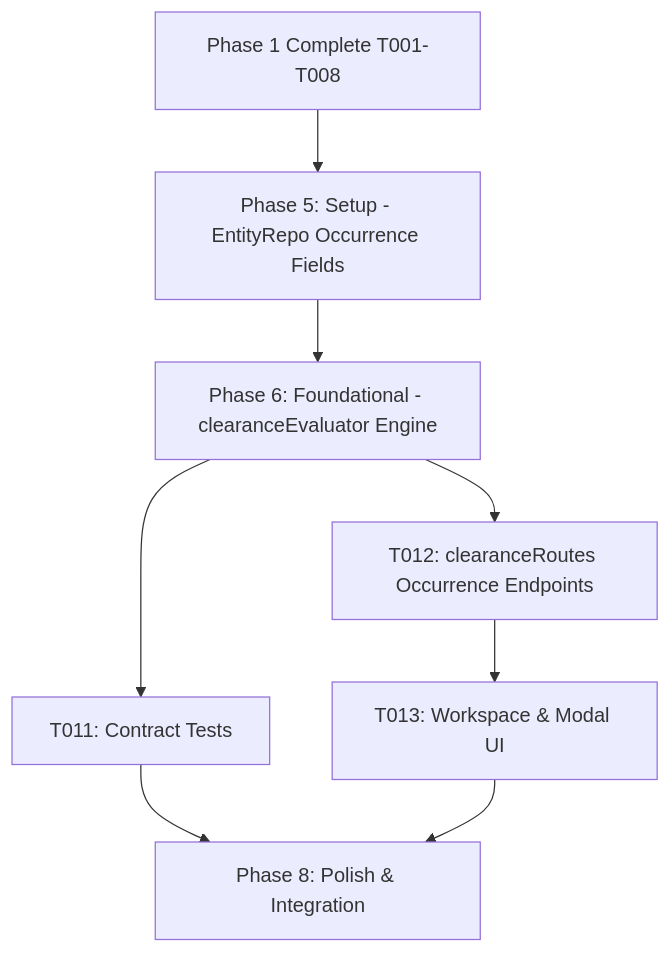
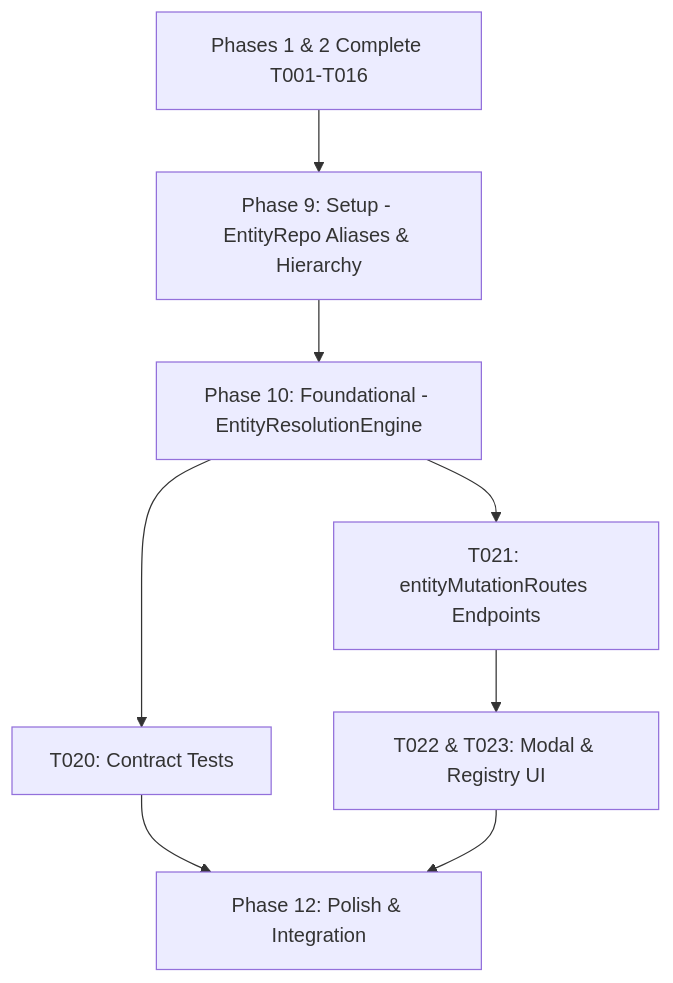
Before and after one commit to fmcgoohan/clearancescout: the diagram in specs/016-production-clearance-model/tasks.md, drawn with Mermaid. The commit also changed other lines of this file, not shown here.

Commit message:
docs(tasks): append Phase 3 entity resolution tasks to 016-production-clearance-model

````diff
--- a/specs/016-production-clearance-model/tasks.md
+++ b/specs/016-production-clearance-model/tasks.md
@@ -94,10 +132,10 @@
 ```mermaid
 graph TD
-    Phase1to4[Phase 1 Complete T001-T008] --> Phase5[Phase 5: Setup - EntityRepo Occurrence Fields]
-    Phase5 --> Phase6[Phase 6: Foundational - clearanceEvaluator Engine]
-    Phase6 --> US2_Tests[T011: Contract Tests]
-    Phase6 --> US2_Routes[T012: clearanceRoutes Occurrence Endpoints]
-    US2_Routes --> US2_UI[T013: Workspace & Modal UI]
-    US2_Tests --> Phase8[Phase 8: Polish & Integration]
-    US2_UI --> Phase8
+    Phase1to8[Phases 1 & 2 Complete T001-T016] --> Phase9[Phase 9: Setup - EntityRepo Aliases & Hierarchy]
+    Phase9 --> Phase10[Phase 10: Foundational - EntityResolutionEngine]
+    Phase10 --> US3_Tests[T020: Contract Tests]
+    Phase10 --> US3_Routes[T021: entityMutationRoutes Endpoints]
+    US3_Routes --> US3_UI[T022 & T023: Modal & Registry UI]
+    US3_Tests --> Phase12[Phase 12: Polish & Integration]
+    US3_UI --> Phase12
 ```
````
